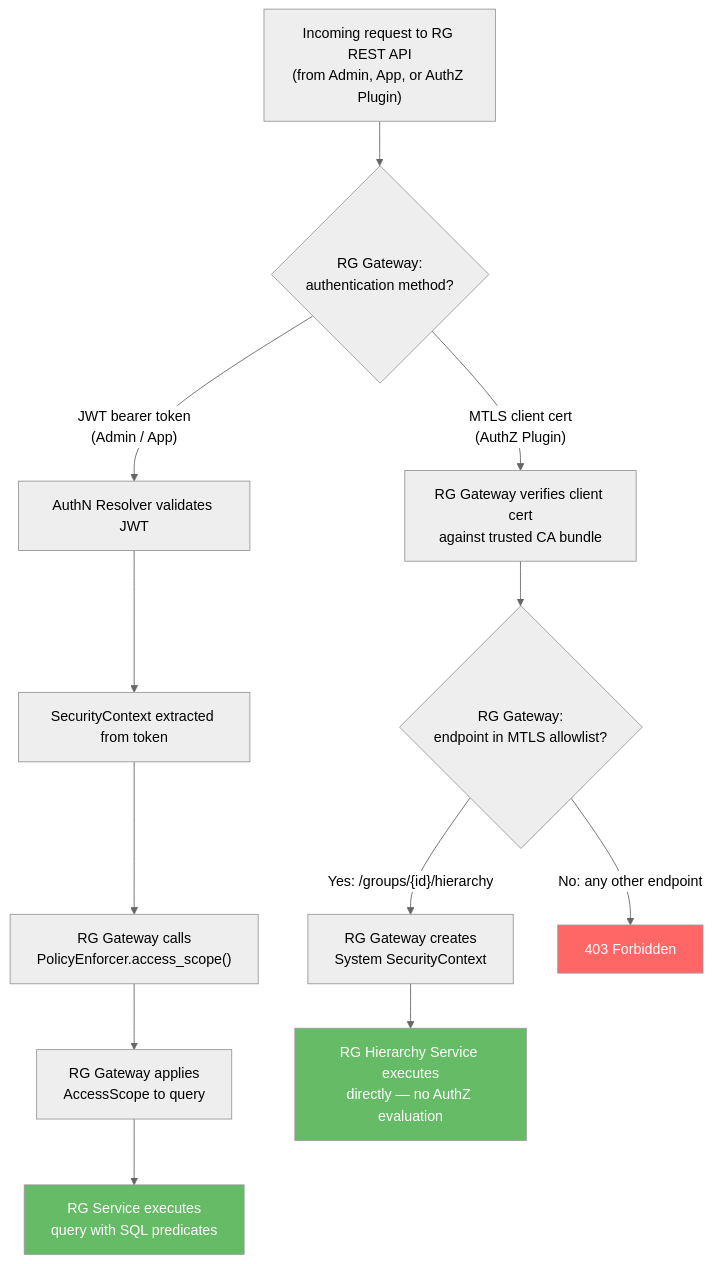
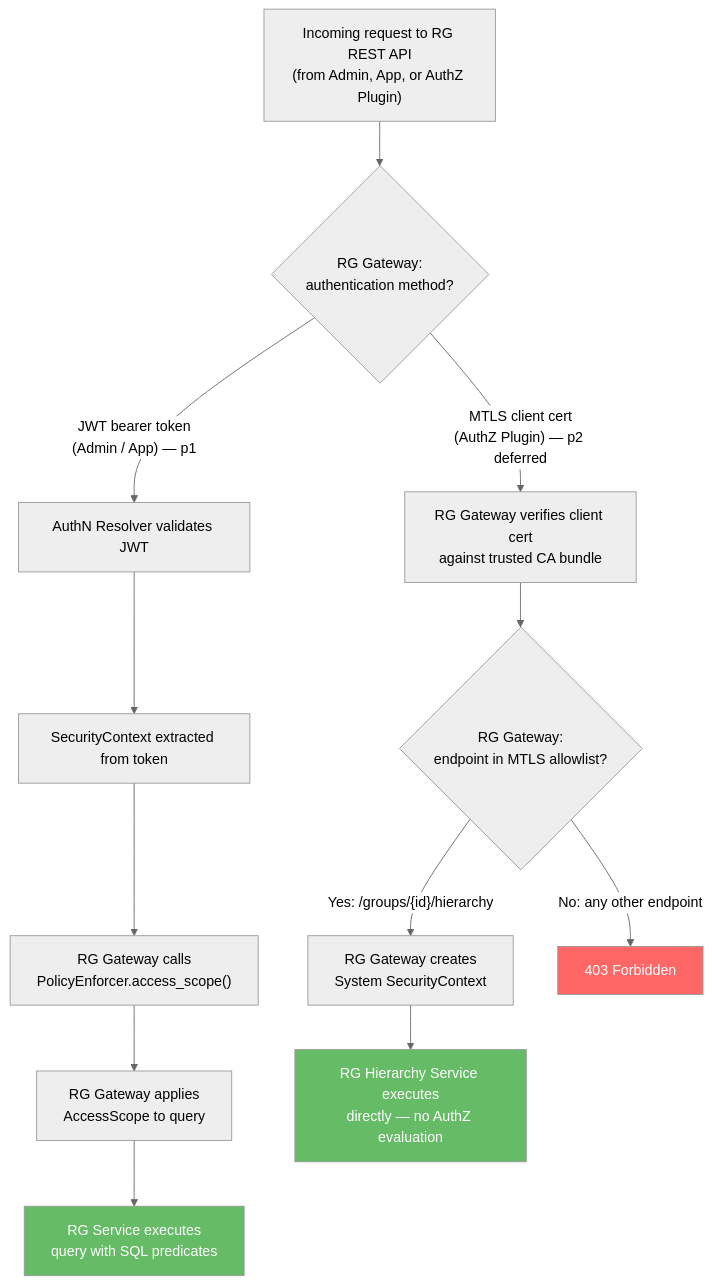
Before and after one commit to refur-nfn/cyberfabric-core: the sixth of 8 diagrams in modules/system/resource-group/docs/DESIGN.md, drawn with Mermaid (neutral theme). The commit also changed other lines of this file and 35 other files, not shown here.

````diff
--- a/modules/system/resource-group/docs/DESIGN.md
+++ b/modules/system/resource-group/docs/DESIGN.md
@@ -897,20 +922,20 @@
 ```mermaid
 flowchart TD
     REQ["Incoming request to RG REST API<br/>(from Admin, App, or AuthZ Plugin)"] --> AUTH_CHECK{RG Gateway:<br/>authentication method?}
 
-    AUTH_CHECK -->|"JWT bearer token<br/>(Admin / App)"| JWT_PATH[AuthN Resolver validates JWT]
+    AUTH_CHECK -->|"JWT bearer token<br/>(Admin / App) — p1"| JWT_PATH[AuthN Resolver validates JWT]
     JWT_PATH --> SEC_CTX[SecurityContext extracted from token]
     SEC_CTX --> AUTHZ["RG Gateway calls<br/>PolicyEnforcer.access_scope()"]
     AUTHZ --> CONSTRAINTS[RG Gateway applies<br/>AccessScope to query]
     CONSTRAINTS --> EXEC["RG Service executes<br/>query with SQL predicates"]
 
-    AUTH_CHECK -->|"MTLS client cert<br/>(AuthZ Plugin)"| MTLS_PATH["RG Gateway verifies client cert<br/>against trusted CA bundle"]
+    AUTH_CHECK -->|"MTLS client cert<br/>(AuthZ Plugin) — p2 deferred"| MTLS_PATH["RG Gateway verifies client cert<br/>against trusted CA bundle"]
     MTLS_PATH --> ENDPOINT_CHECK{RG Gateway:<br/>endpoint in MTLS allowlist?}
     ENDPOINT_CHECK -->|"Yes: /groups/{id}/hierarchy"| SYSTEM_CTX["RG Gateway creates<br/>System SecurityContext"]
     SYSTEM_CTX --> EXEC_DIRECT["RG Hierarchy Service executes<br/>directly — no AuthZ evaluation"]
     ENDPOINT_CHECK -->|No: any other endpoint| REJECT[403 Forbidden]
 
     style REJECT fill:#f66,color:#fff
     style EXEC_DIRECT fill:#6b6,color:#fff
     style EXEC fill:#6b6,color:#fff
 ```
````
